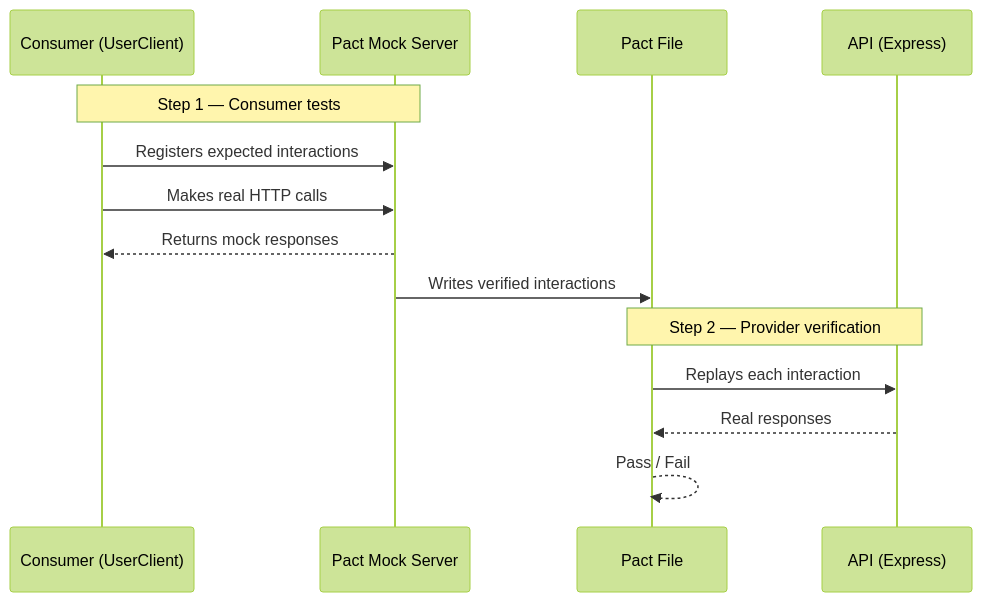
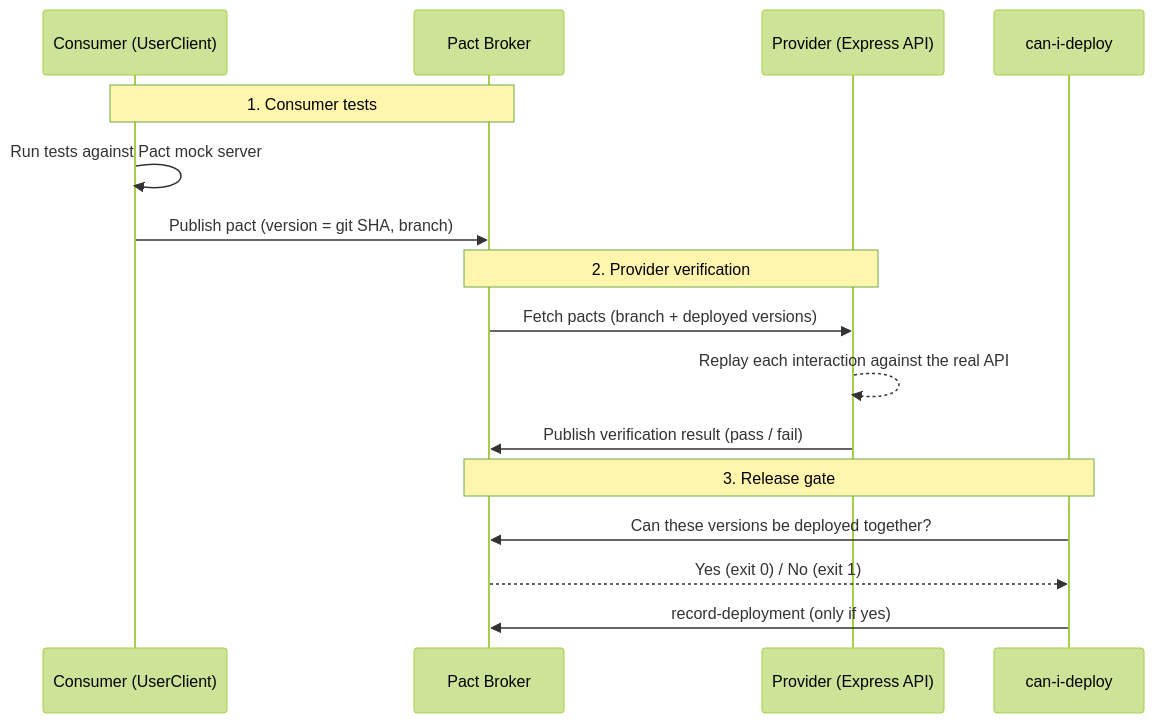
One commit to adamsjoe/pact-demo changed the diagram in README.md. Above: the diagram before and after it, drawn with Mermaid (forest theme). The commit also changed other lines of this file and 1 other file, not shown here.

Commit message:
fix(ci): retry broker heartbeat on connection reset during startup

````diff
--- a/README.md
+++ b/README.md
@@ -7,18 +9,21 @@
 ```mermaid
 sequenceDiagram
     participant C as Consumer (UserClient)
-    participant M as Pact Mock Server
-    participant P as Pact File
-    participant A as API (Express)
+    participant B as Pact Broker
+    participant A as Provider (Express API)
+    participant G as can-i-deploy
 
-    Note over C,M: Step 1 — Consumer tests
-    C->>M: Registers expected interactions
-    C->>M: Makes real HTTP calls
-    M-->>C: Returns mock responses
-    M->>P: Writes verified interactions
+    Note over C,B: 1. Consumer tests
+    C->>C: Run tests against Pact mock server
+    C->>B: Publish pact (version = git SHA, branch)
 
-    Note over P,A: Step 2 — Provider verification
-    P->>A: Replays each interaction
-    A-->>P: Real responses
-    P-->>P: Pass / Fail
+    Note over B,A: 2. Provider verification
+    B->>A: Fetch pacts (branch + deployed versions)
+    A-->>A: Replay each interaction against the real API
+    A->>B: Publish verification result (pass / fail)
+
+    Note over B,G: 3. Release gate
+    G->>B: Can these versions be deployed together?
+    B-->>G: Yes (exit 0) / No (exit 1)
+    G->>B: record-deployment (only if yes)
 ```
````
